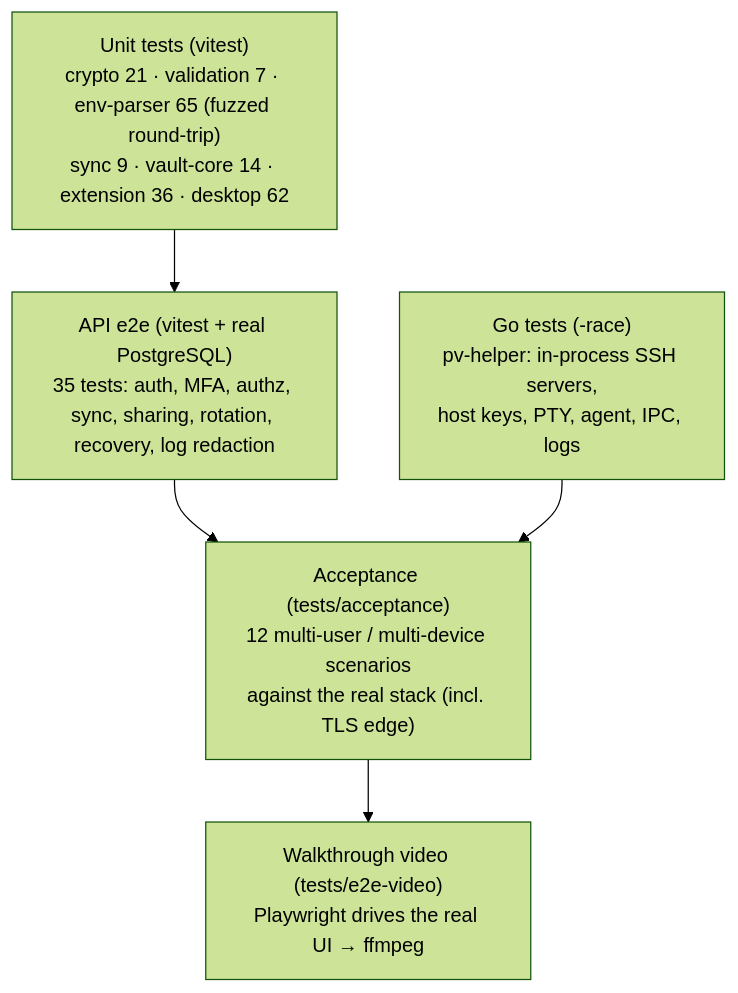
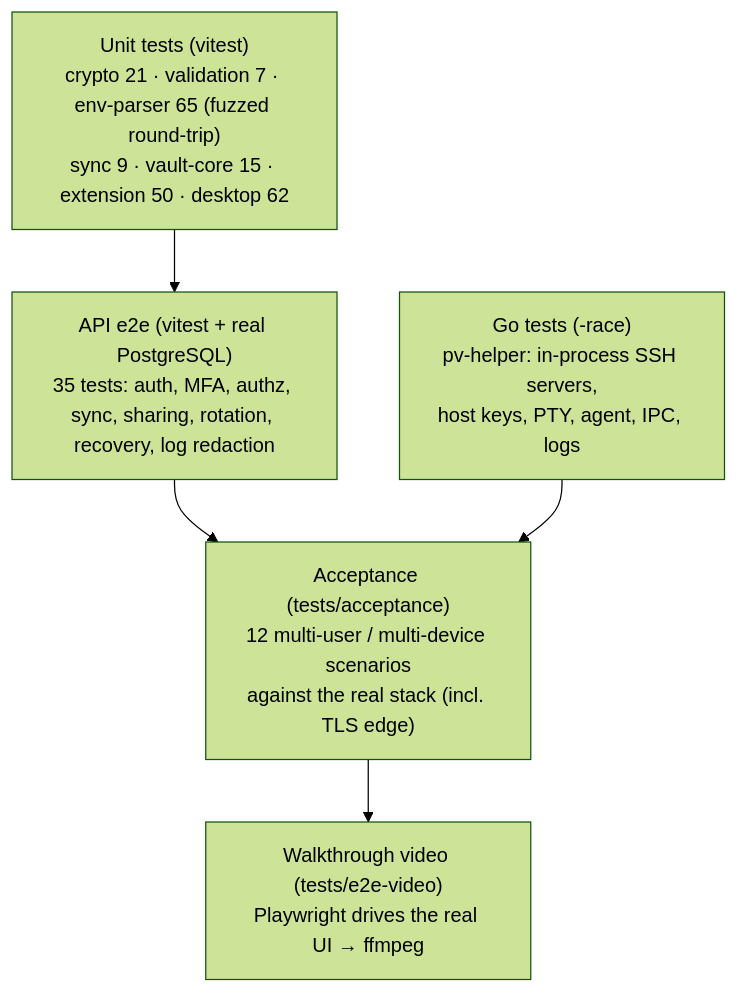
One commit to SurajMazar/passvault changed diagram 17 of 18 in docs/ARCHITECTURE.md. Above: the diagram before and after it, drawn with Mermaid (forest theme). The commit also changed other lines of this file and 19 other files, not shown here.

````diff
--- a/docs/ARCHITECTURE.md
+++ b/docs/ARCHITECTURE.md
@@ -553,10 +554,10 @@
 ```mermaid
 flowchart TB
-  unit["Unit tests (vitest)<br/>crypto 21 · validation 7 · env-parser 65 (fuzzed round-trip)<br/>sync 9 · vault-core 14 · extension 36 · desktop 62"]
+  unit["Unit tests (vitest)<br/>crypto 21 · validation 7 · env-parser 65 (fuzzed round-trip)<br/>sync 9 · vault-core 15 · extension 50 · desktop 62"]
   go["Go tests (-race)<br/>pv-helper: in-process SSH servers,<br/>host keys, PTY, agent, IPC, logs"]
   e2e["API e2e (vitest + real PostgreSQL)<br/>35 tests: auth, MFA, authz, sync, sharing, rotation, recovery, log redaction"]
   acc["Acceptance (tests/acceptance)<br/>12 multi-user / multi-device scenarios<br/>against the real stack (incl. TLS edge)"]
   vid["Walkthrough video (tests/e2e-video)<br/>Playwright drives the real UI → ffmpeg"]
   unit --> e2e --> acc --> vid
   go --> acc
 ```
````
